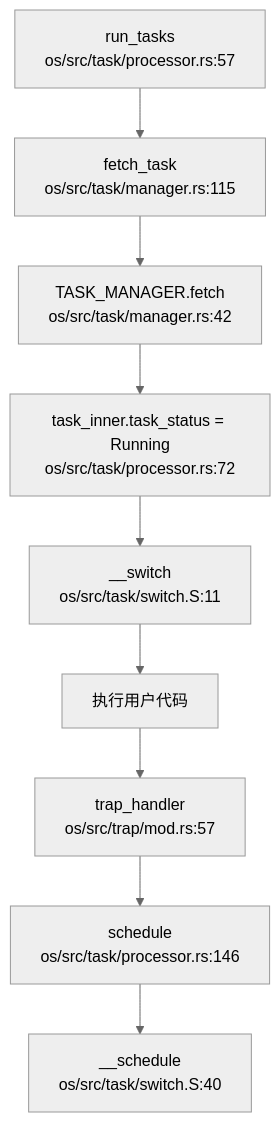
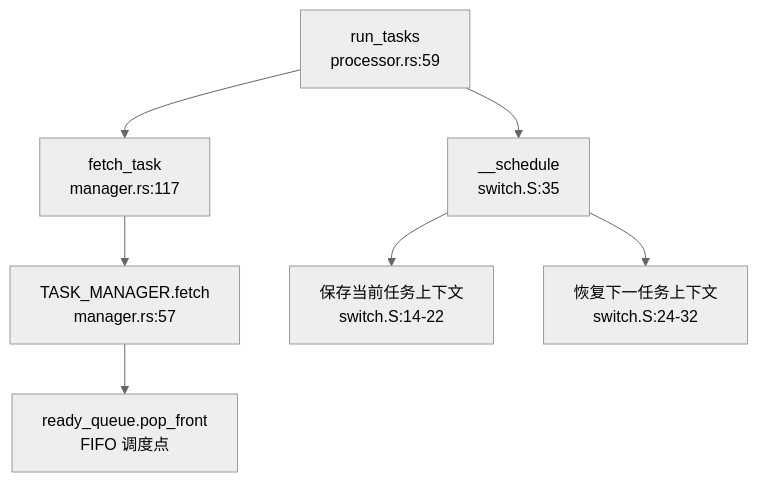
The first of 4 diagrams in output/oskernel2024-chaos/sections/04_进程线程与调度机制.md (Freefor100/OS-Agent), drawn with Mermaid (neutral theme) before and after one commit. The commit also changed other lines of this file and 118 other files, not shown here.

````diff
--- a/output/oskernel2024-chaos/sections/04_进程线程与调度机制.md
+++ b/output/oskernel2024-chaos/sections/04_进程线程与调度机制.md
@@ -124,19 +126,16 @@
 ```mermaid
 graph TD
-  A["run_tasks
-os/src/task/processor.rs:57"] --> B["fetch_task
-os/src/task/manager.rs:115"]
-  B --> C["TASK_MANAGER.fetch
-os/src/task/manager.rs:42"]
-  C --> D["task_inner.task_status = Running
-os/src/task/processor.rs:72"]
-  D --> E["__switch
-os/src/task/switch.S:11"]
-  E --> F["执行用户代码"]
-  F --> G["trap_handler
-os/src/trap/mod.rs:57"]
-  G --> H["schedule
-os/src/task/processor.rs:146"]
-  H --> I["__schedule
-os/src/task/switch.S:40"]
+    A["run_tasks
+ processor.rs:59"] --> B["fetch_task
+ manager.rs:117"]
+    B --> C["TASK_MANAGER.fetch
+ manager.rs:57"]
+    C --> D["ready_queue.pop_front
+ FIFO 调度点"]
+    A --> E["__schedule
+ switch.S:35"]
+    E --> F["保存当前任务上下文
+ switch.S:14-22"]
+    E --> G["恢复下一任务上下文
+ switch.S:24-32"]
 ```
````
